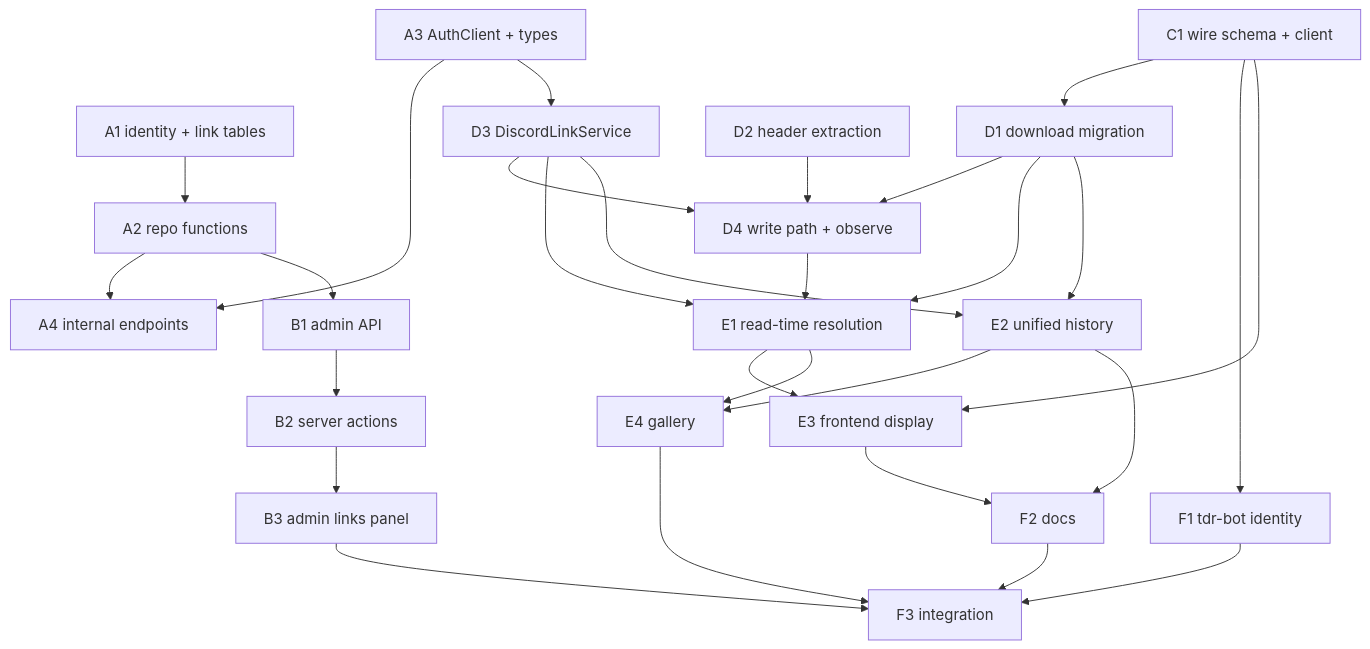
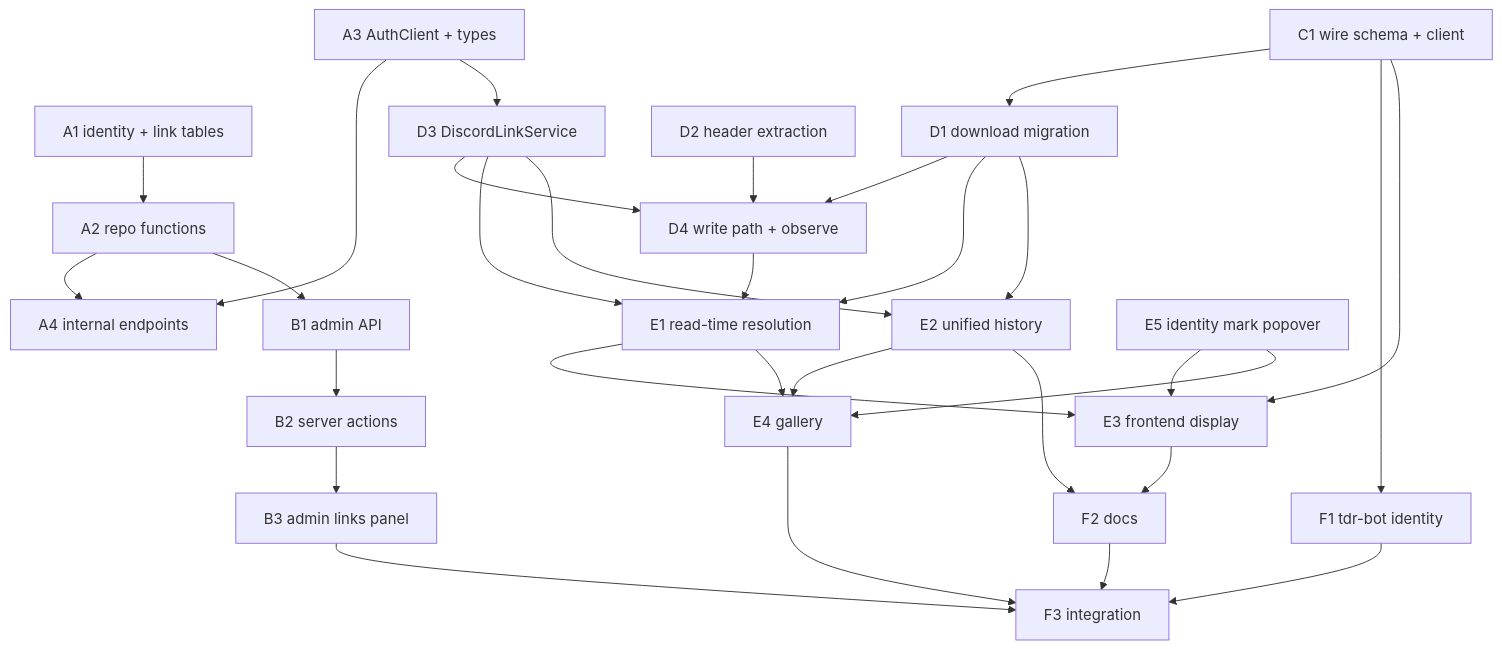
Before and after one commit to codemonkey800/lilnas: the second of 2 diagrams in docs/features/download/plans/017-discord-attribution-and-account-linking.md, drawn with Mermaid. The commit also changed other lines of this file, not shown here.

````diff
--- a/docs/features/download/plans/017-discord-attribution-and-account-linking.md
+++ b/docs/features/download/plans/017-discord-attribution-and-account-linking.md
@@ -960,30 +1073,32 @@
 ```mermaid
 graph TD
   A1[A1 identity + link tables] --> A2[A2 repo functions]
   A2 --> A4[A4 internal endpoints]
   A3[A3 AuthClient + types] --> A4
   A2 --> B1[B1 admin API]
   B1 --> B2[B2 server actions]
   B2 --> B3[B3 admin links panel]
   C1[C1 wire schema + client] --> D1[D1 download migration]
   C1 --> F1[F1 tdr-bot identity]
   A3 --> D3[D3 DiscordLinkService]
   D2[D2 header extraction] --> D4[D4 write path + observe]
   D1 --> D4
   D3 --> D4
   D1 --> E1[E1 read-time resolution]
   D3 --> E1
   D4 --> E1
   D3 --> E2[E2 unified history]
   D1 --> E2
   C1 --> E3[E3 frontend display]
   E1 --> E3
+  E5[E5 identity mark popover] --> E3
+  E5 --> E4
   E1 --> E4[E4 gallery]
   E2 --> E4
   E2 --> F2[F2 docs]
   E3 --> F2
   B3 --> F3[F3 integration]
   E4 --> F3
   F1 --> F3
   F2 --> F3
 ```
````
